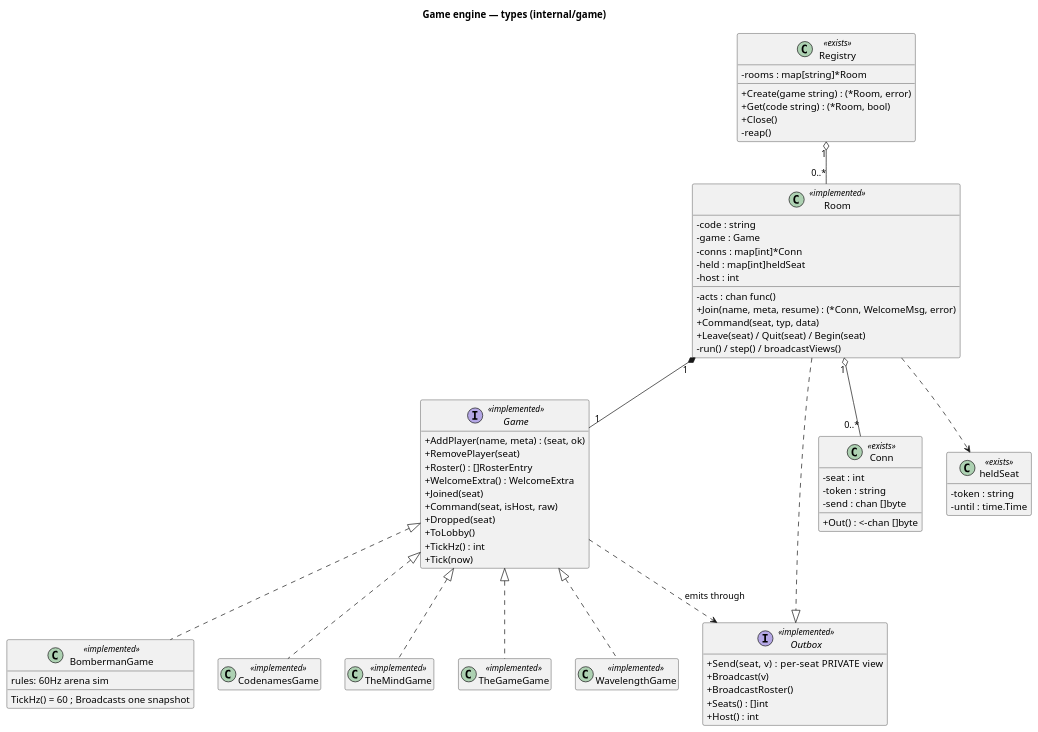
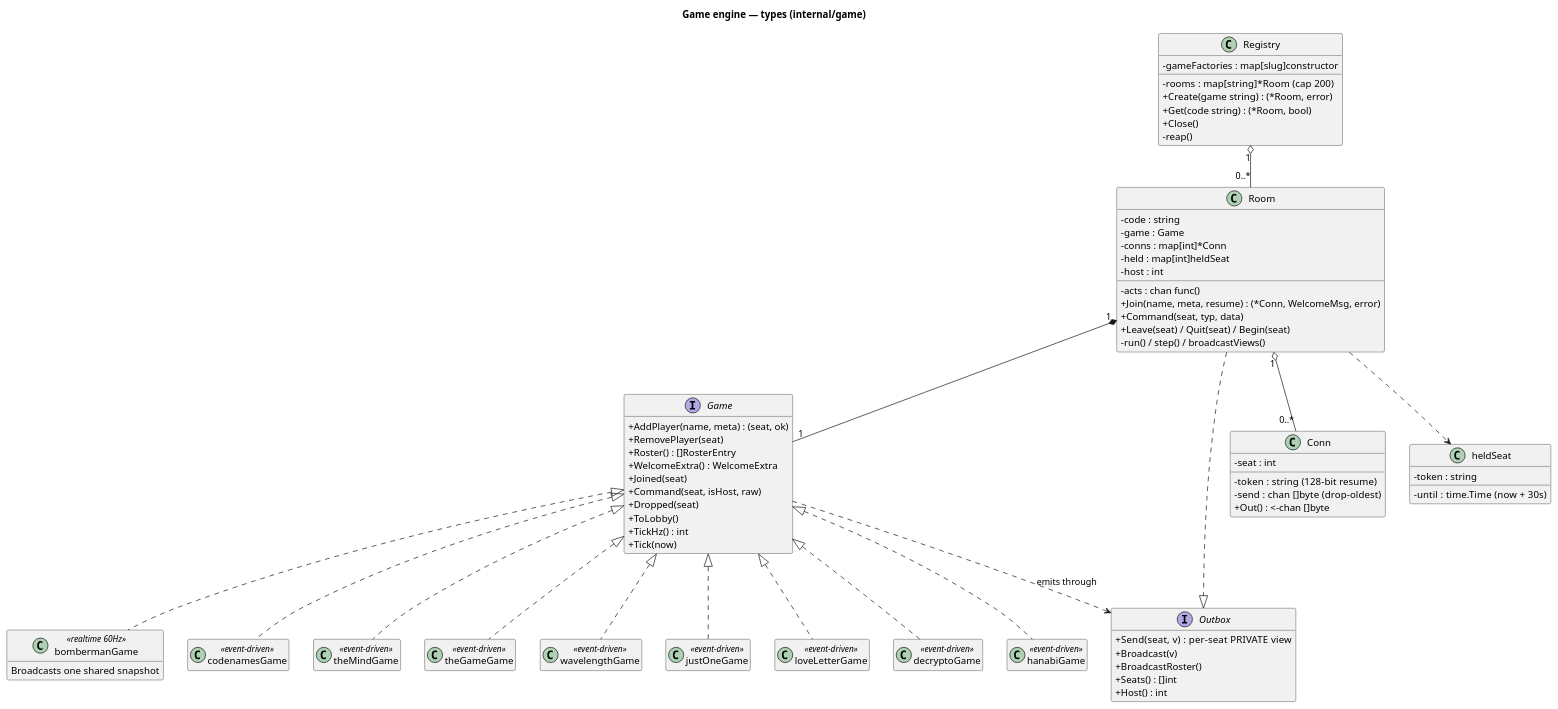
Before and after one commit to Niklasvdm/TotemAppIT: the first of 5 diagrams in docs/games-architecture.md, drawn with PlantUML. The commit also changed other lines of this file and 28 other files, not shown here.

````diff
--- a/docs/games-architecture.md
+++ b/docs/games-architecture.md
@@ -42,7 +70,7 @@
 skinparam classAttributeIconSize 0
 hide empty members
 
-interface Game <<implemented>> {
+interface Game {
   +AddPlayer(name, meta) : (seat, ok)
   +RemovePlayer(seat)
   +Roster() : []RosterEntry
@@ -55,7 +83,7 @@
   +Tick(now)
 }
 
-interface Outbox <<implemented>> {
+interface Outbox {
   +Send(seat, v)   : per-seat PRIVATE view
   +Broadcast(v)
   +BroadcastRoster()
@@ -63,15 +91,16 @@
   +Host() : int
 }
 
-class Registry <<exists>> {
-  -rooms : map[string]*Room
+class Registry {
+  -rooms : map[string]*Room  (cap 200)
+  -gameFactories : map[slug]constructor
   +Create(game string) : (*Room, error)
   +Get(code string) : (*Room, bool)
   +Close()
   -reap()
 }
 
-class Room <<implemented>> {
+class Room {
   -code : string
   -game : Game
   -conns : map[int]*Conn
@@ -84,26 +113,29 @@
   -run() / step() / broadcastViews()
 }
 
-class Conn <<exists>> {
+class Conn {
   -seat : int
-  -token : string
-  -send : chan []byte
+  -token : string  (128-bit resume)
+  -send : chan []byte  (drop-oldest)
   +Out() : <-chan []byte
 }
 
-class heldSeat <<exists>> {
+class heldSeat {
   -token : string
-  -until : time.Time
+  -until : time.Time  (now + 30s)
 }
 
-class BombermanGame <<implemented>> {
-  rules: 60Hz arena sim
-  TickHz() = 60 ; Broadcasts one snapshot
+class bombermanGame <<realtime 60Hz>> {
+  Broadcasts one shared snapshot
 }
-class CodenamesGame <<implemented>>
-class TheMindGame <<implemented>>
-class TheGameGame <<implemented>>
-class WavelengthGame <<implemented>>
+class codenamesGame <<event-driven>>
+class theMindGame <<event-driven>>
+class theGameGame <<event-driven>>
+class wavelengthGame <<event-driven>>
+class justOneGame <<event-driven>>
+class loveLetterGame <<event-driven>>
+class decryptoGame <<event-driven>>
+class hanabiGame <<event-driven>>
 
 Registry "1" o-- "0..*" Room
 Room "1" o-- "0..*" Conn
@@ -111,10 +143,14 @@
 Room ..|> Outbox
 Game ..> Outbox : emits through
 Room ..> heldSeat
-Game <|.. BombermanGame
-Game <|.. TheGameGame
-Game <|.. WavelengthGame
-Game <|.. CodenamesGame
-Game <|.. TheMindGame
+Game <|.. bombermanGame
+Game <|.. codenamesGame
+Game <|.. theMindGame
+Game <|.. theGameGame
+Game <|.. wavelengthGame
+Game <|.. justOneGame
+Game <|.. loveLetterGame
+Game <|.. decryptoGame
+Game <|.. hanabiGame
 @enduml
 ```
````
